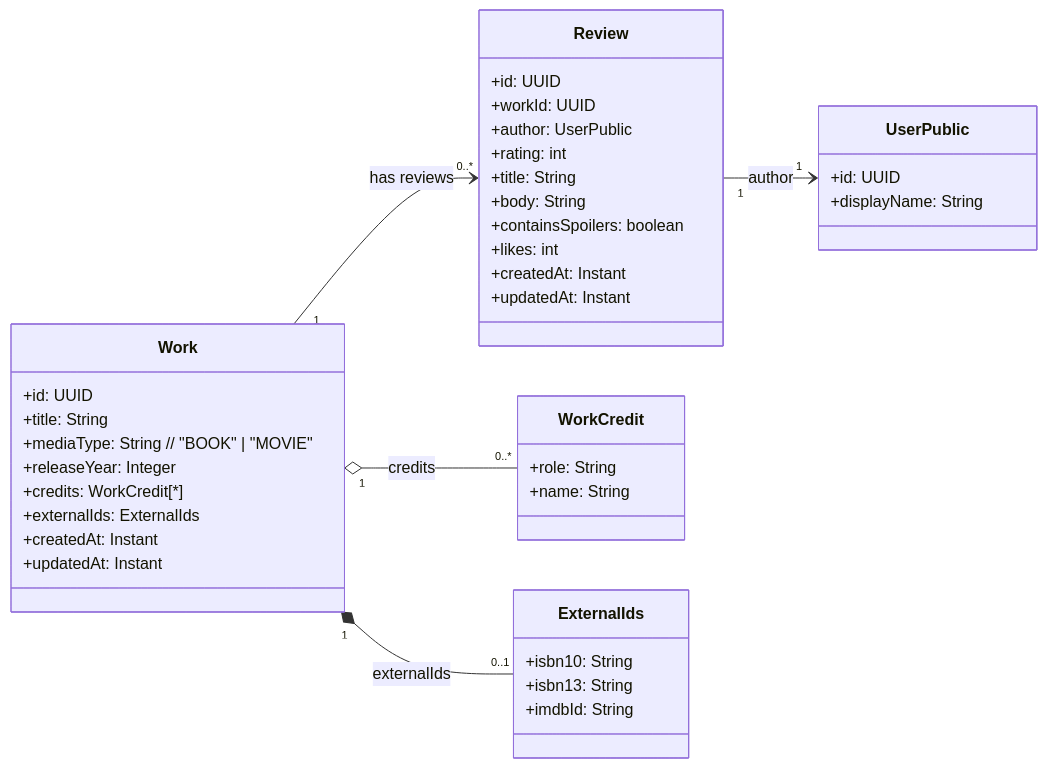
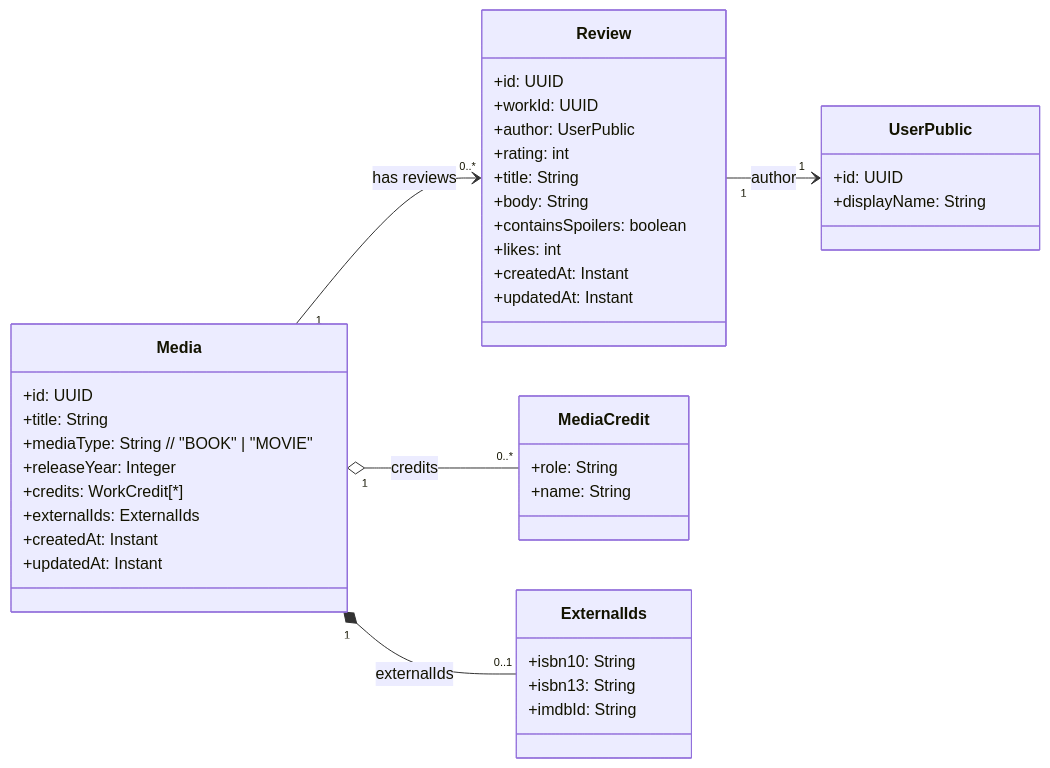
One commit to bella-orr/Page2Screen changed the diagram in DesignDocument.md. Above: the diagram before and after it, drawn with Mermaid.

````diff
--- a/DesignDocument.md
+++ b/DesignDocument.md
@@ -30,49 +30,49 @@
 ```mermaid
 classDiagram
 direction LR
 
-class Work { 
+class Media { 
   +id: UUID
   +title: String
   +mediaType: String  // "BOOK" | "MOVIE"
   +releaseYear: Integer
   +credits: WorkCredit[*]
   +externalIds: ExternalIds
   +createdAt: Instant
   +updatedAt: Instant
 }
 
 class Review {
   +id: UUID
   +workId: UUID
   +author: UserPublic
   +rating: int
   +title: String
   +body: String
   +containsSpoilers: boolean
   +likes: int
   +createdAt: Instant
   +updatedAt: Instant
 }
 
 class UserPublic {
   +id: UUID
   +displayName: String
 }
 
-class WorkCredit {
+class MediaCredit {
   +role: String
   +name: String
 }
 
 class ExternalIds {
   +isbn10: String
   +isbn13: String
   +imdbId: String
 }
 
-Work "1" o-- "0..*" WorkCredit : credits
-Work "1" *-- "0..1" ExternalIds : externalIds
-Work "1" --> "0..*" Review : has reviews
+Media "1" o-- "0..*" MediaCredit : credits
+Media "1" *-- "0..1" ExternalIds : externalIds
+Media "1" --> "0..*" Review : has reviews
 Review "1" --> "1" UserPublic : author
 ```
````
